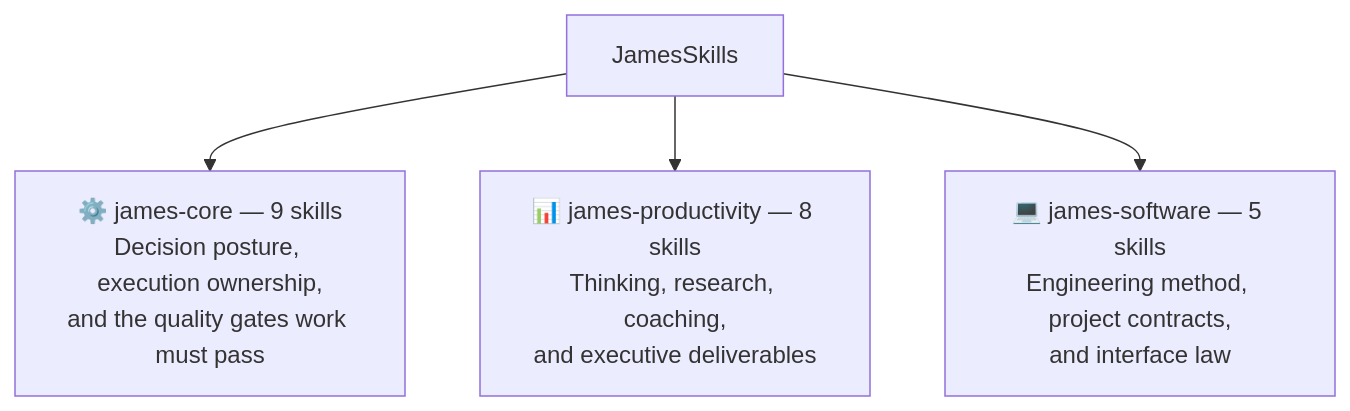
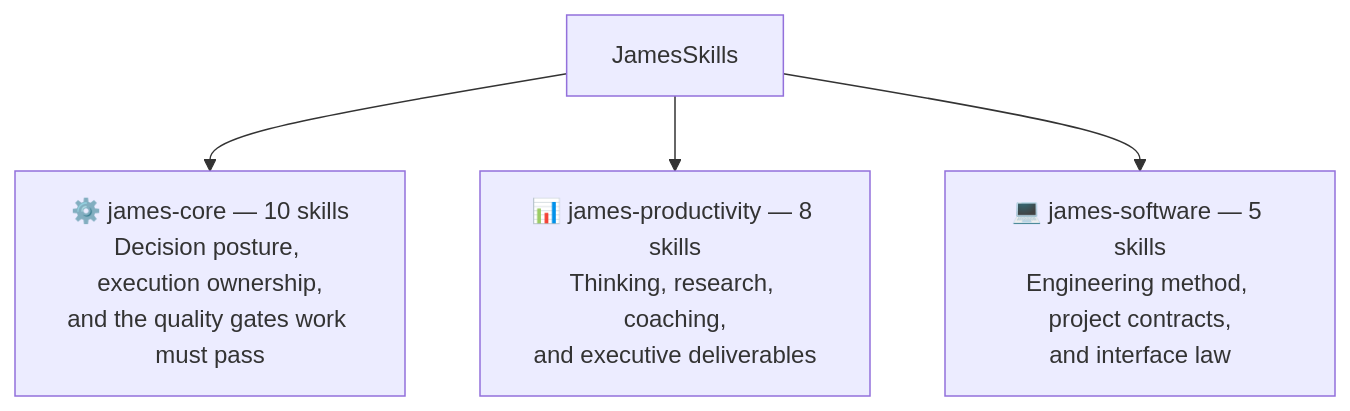
One commit to theeranon/JamesSkills changed the diagram in README.md. Above: the diagram before and after it, drawn with Mermaid. The commit also changed other lines of this file and 22 other files, not shown here.

First line of the commit message:
Add insight-driven-mode as a promoted james-core mode (2.1.14)

````diff
--- a/README.md
+++ b/README.md
@@ -30,7 +30,7 @@
 ```mermaid
 graph TD
     Root["JamesSkills"]
-    Root --> Core["⚙️ james-core — 9 skills<br/>Decision posture, execution ownership,<br/>and the quality gates work must pass"]
+    Root --> Core["⚙️ james-core — 10 skills<br/>Decision posture, execution ownership,<br/>and the quality gates work must pass"]
     Root --> Prod["📊 james-productivity — 8 skills<br/>Thinking, research, coaching,<br/>and executive deliverables"]
     Root --> Soft["💻 james-software — 5 skills<br/>Engineering method, project contracts,<br/>and interface law"]
 ```
````
